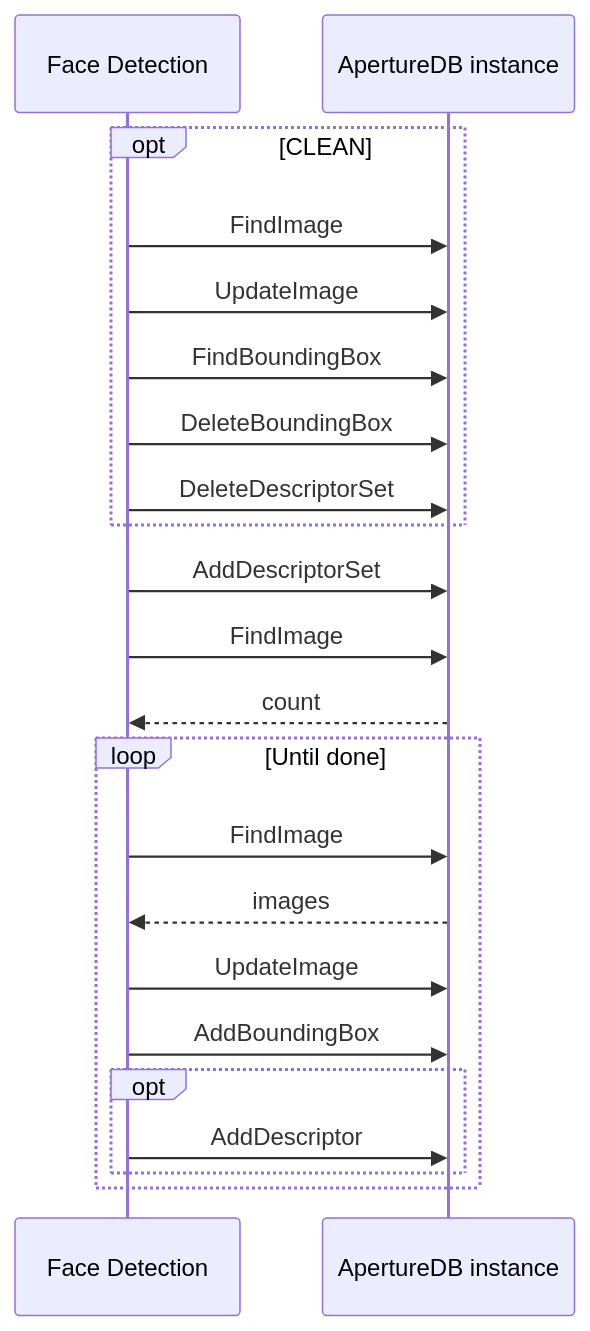
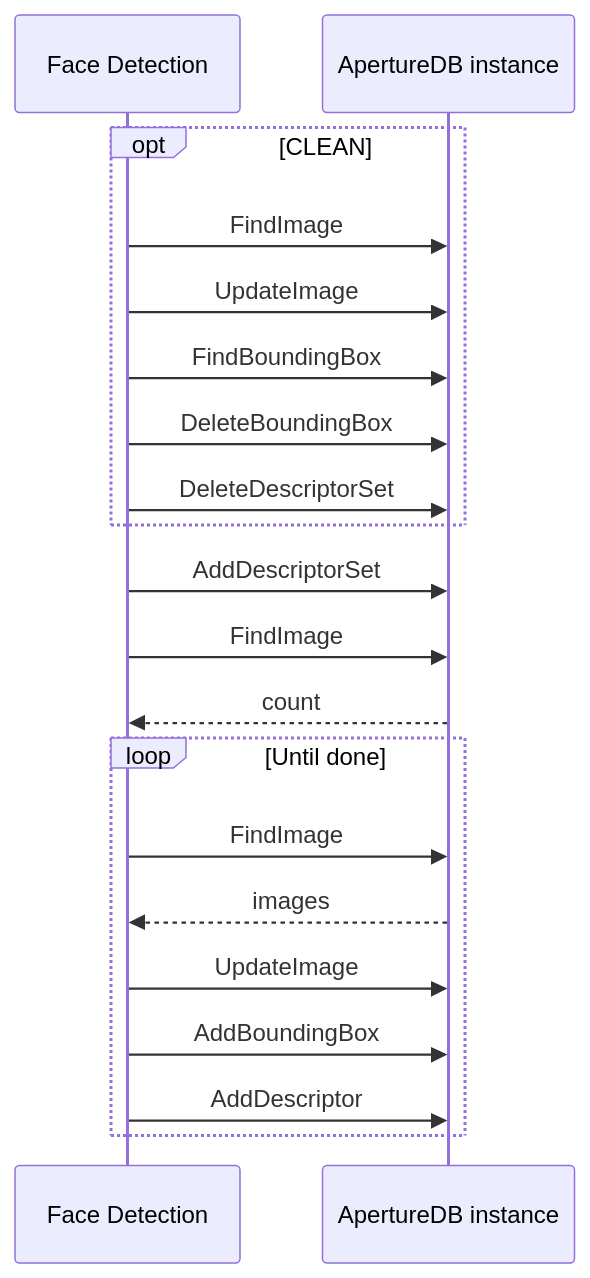
One commit to aperture-data/workflows changed the diagram in apps/face-detection/README.md. Above: the diagram before and after it, drawn with Mermaid.

Commit message:
Make face descriptor non-optional

````diff
--- a/apps/face-detection/README.md
+++ b/apps/face-detection/README.md
@@ -10,24 +10,22 @@
 ```mermaid
 sequenceDiagram
     participant W as Face Detection
     participant A as ApertureDB instance
     opt CLEAN
         W->>A: FindImage
         W->>A: UpdateImage
         W->>A: FindBoundingBox
         W->>A: DeleteBoundingBox
         W->>A: DeleteDescriptorSet
     end
     W->>A: AddDescriptorSet
     W->>A: FindImage
     A-->>W: count
     loop Until done
         W->>A: FindImage
         A-->>W: images
         W->>A: UpdateImage  
         W->>A: AddBoundingBox
-        opt 
-            W->>A: AddDescriptor
-        end
+        W->>A: AddDescriptor
     end
 ```
````
